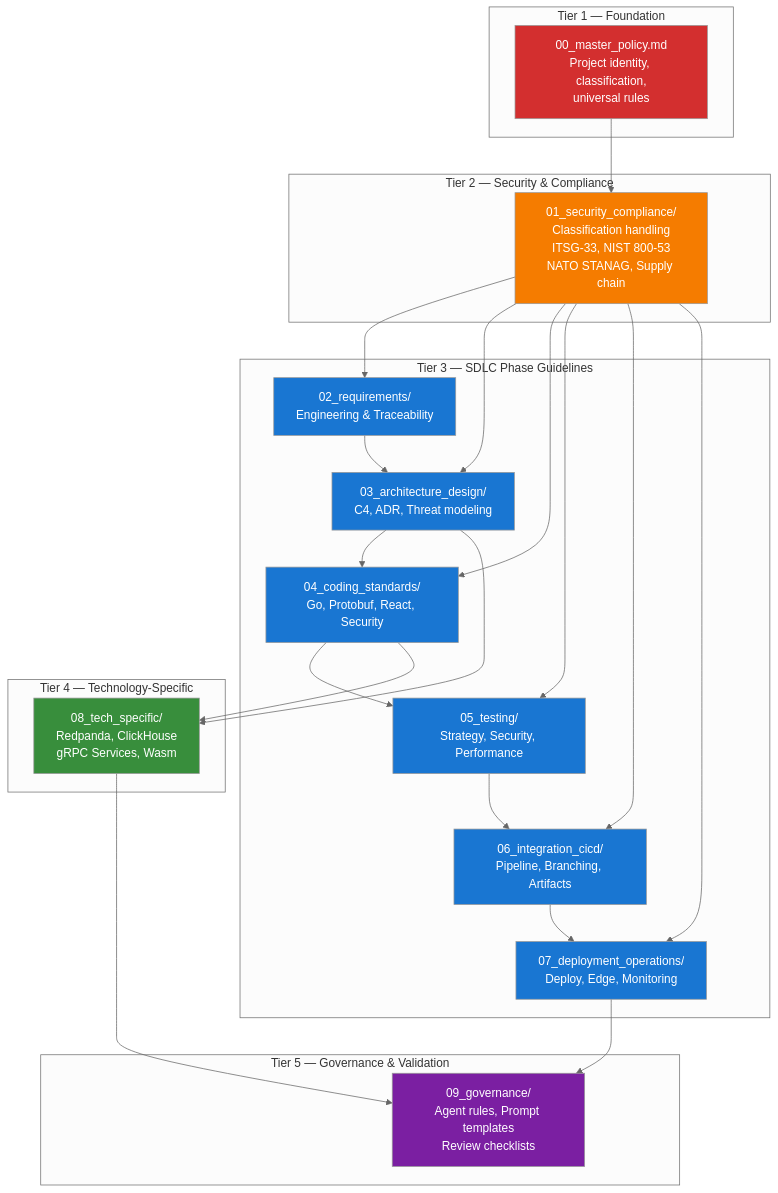
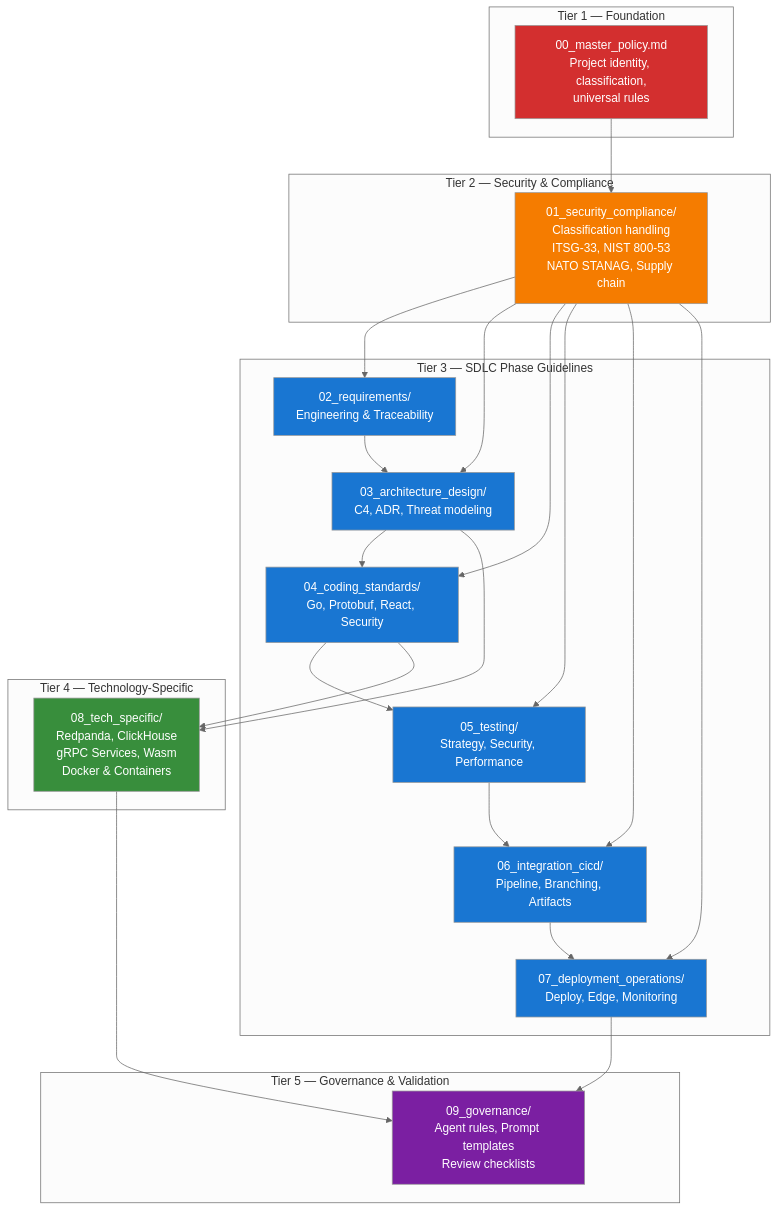
The diagram in docs/sdlc_guidelines/README.md (arvinddhasmana/rtsa_webgpu), drawn with Mermaid (neutral theme) before and after one commit. The commit also changed other lines of this file and 10 other files, not shown here.

````diff
--- a/docs/sdlc_guidelines/README.md
+++ b/docs/sdlc_guidelines/README.md
@@ -16,55 +16,55 @@
 ```mermaid
 graph TD
     subgraph "Tier 1 — Foundation"
         MP[00_master_policy.md<br/>Project identity, classification,<br/>universal rules]
     end
 
     subgraph "Tier 2 — Security & Compliance"
         SC[01_security_compliance/<br/>Classification handling<br/>ITSG-33, NIST 800-53<br/>NATO STANAG, Supply chain]
     end
 
     subgraph "Tier 3 — SDLC Phase Guidelines"
         RE[02_requirements/<br/>Engineering & Traceability]
         AD[03_architecture_design/<br/>C4, ADR, Threat modeling]
         CS[04_coding_standards/<br/>Go, Protobuf, React, Security]
         TS[05_testing/<br/>Strategy, Security, Performance]
         CI[06_integration_cicd/<br/>Pipeline, Branching, Artifacts]
         DO[07_deployment_operations/<br/>Deploy, Edge, Monitoring]
     end
 
     subgraph "Tier 4 — Technology-Specific"
-        TECH[08_tech_specific/<br/>Redpanda, ClickHouse<br/>gRPC Services, Wasm]
+        TECH["08_tech_specific/<br/>Redpanda, ClickHouse<br/>gRPC Services, Wasm<br/>Docker & Containers"]
     end
 
     subgraph "Tier 5 — Governance & Validation"
         GOV[09_governance/<br/>Agent rules, Prompt templates<br/>Review checklists]
     end
 
     MP --> SC
     SC --> RE
     SC --> AD
     SC --> CS
     SC --> TS
     SC --> CI
     SC --> DO
     RE --> AD
     AD --> CS
     CS --> TS
     TS --> CI
     CI --> DO
     AD --> TECH
     CS --> TECH
     TECH --> GOV
     DO --> GOV
 
     style MP fill:#d32f2f,color:#fff
     style SC fill:#f57c00,color:#fff
     style RE fill:#1976d2,color:#fff
     style AD fill:#1976d2,color:#fff
     style CS fill:#1976d2,color:#fff
     style TS fill:#1976d2,color:#fff
     style CI fill:#1976d2,color:#fff
     style DO fill:#1976d2,color:#fff
     style TECH fill:#388e3c,color:#fff
     style GOV fill:#7b1fa2,color:#fff
 ```
````
